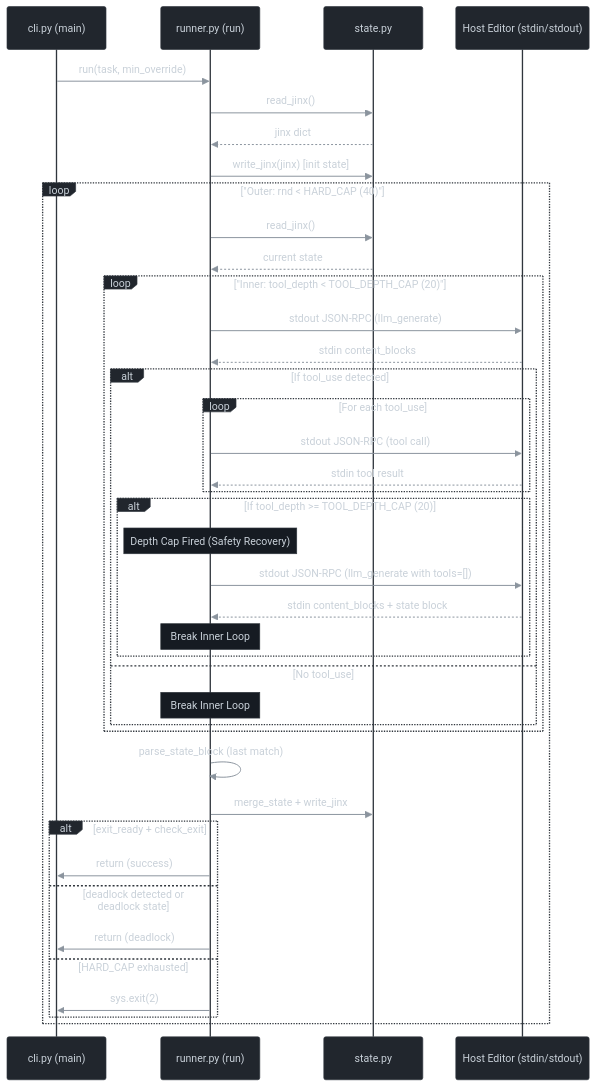
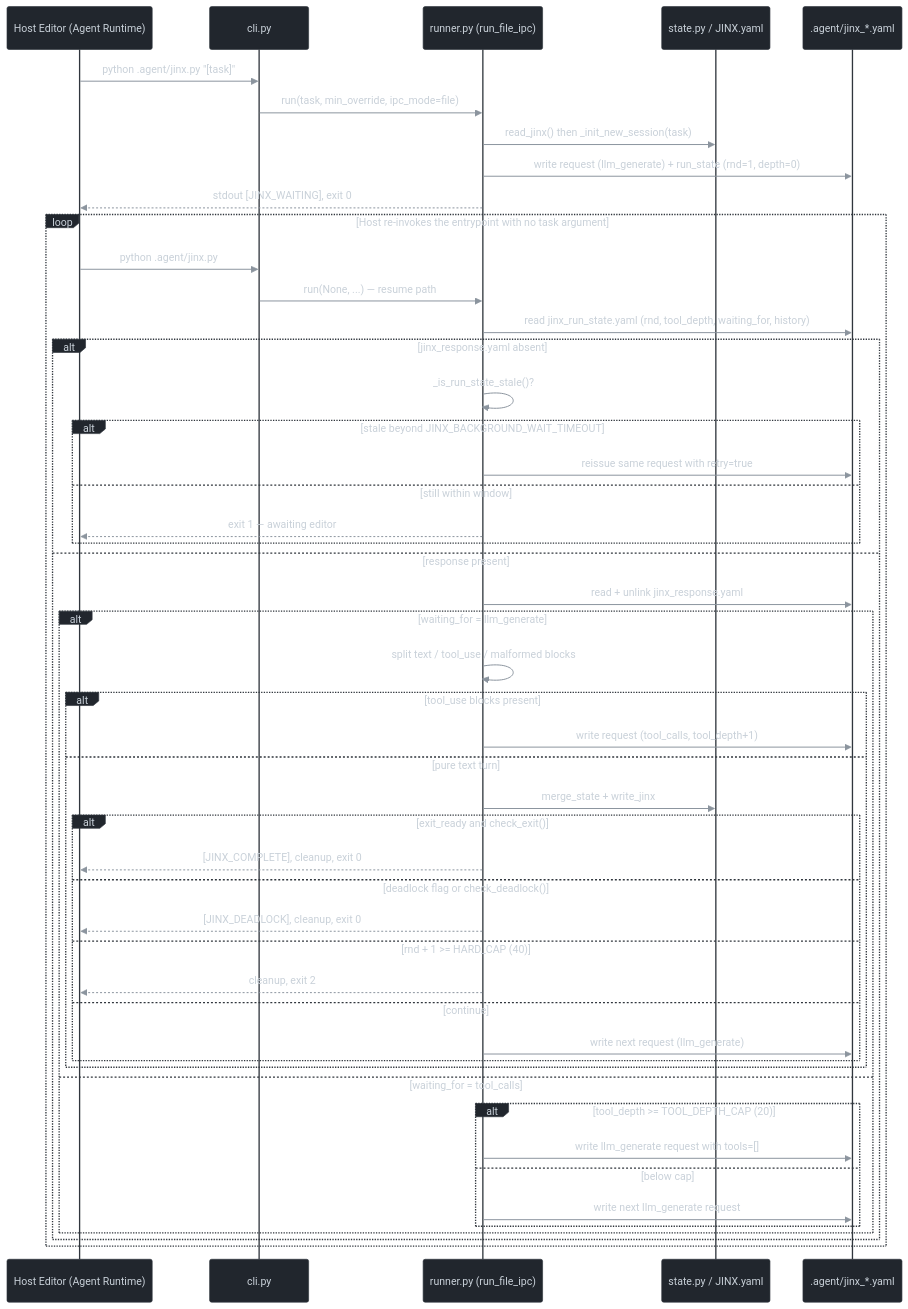
Before and after one commit to apxgpt/agent: the fourth of 5 diagrams in README.md, drawn with Mermaid. The commit also changed other lines of this file and 24 other files, not shown here.

````diff
--- a/README.md
+++ b/README.md
@@ -263,47 +356,55 @@
 ```mermaid
 %%{init: {'theme': 'base', 'themeVariables': {"darkMode": true, "background": "#0d1117", "primaryColor": "#21262d", "primaryTextColor": "#e6edf3", "primaryBorderColor": "#8b949e", "lineColor": "#8b949e", "textColor": "#e6edf3", "edgeLabelBackground": "#161b22", "actorBkg": "#21262d", "actorBorder": "#30363d", "actorTextColor": "#c9d1d9", "actorLineColor": "#30363d", "signalColor": "#8b949e", "signalTextColor": "#c9d1d9", "noteBkgColor": "#161b22", "noteBorderColor": "#30363d", "noteTextColor": "#c9d1d9", "labelBoxBkgColor": "#21262d", "labelBoxBorderColor": "#30363d", "labelTextColor": "#c9d1d9", "loopTextColor": "#c9d1d9", "activationBkgColor": "#21262d", "activationBorderColor": "#30363d"}}}%%
 sequenceDiagram
-    participant CLI as cli.py (main)
-    participant Runner as runner.py (run)
-    participant State as state.py
-    participant Host as Host Editor (stdin/stdout)
+    participant Host as Host Editor (Agent Runtime)
+    participant CLI as cli.py
+    participant Runner as runner.py (run_file_ipc)
+    participant State as state.py / JINX.yaml
+    participant IPC as .agent/jinx_*.yaml
 
-    CLI->>Runner: run(task, min_override)
-    Runner->>State: read_jinx()
-    State-->>Runner: jinx dict
-    Runner->>State: write_jinx(jinx) [init state]
+    Host->>CLI: python .agent/jinx.py "[task]"
+    CLI->>Runner: run(task, min_override, ipc_mode=file)
+    Runner->>State: read_jinx() then _init_new_session(task)
+    Runner->>IPC: write request (llm_generate) + run_state (rnd=1, depth=0)
+    Runner-->>Host: stdout [JINX_WAITING], exit 0
 
-    loop "Outer: rnd < HARD_CAP (40)"
-        Runner->>State: read_jinx()
-        State-->>Runner: current state
+    loop Host re-invokes the entrypoint with no task argument
+        Host->>CLI: python .agent/jinx.py
+        CLI->>Runner: run(None, ...) — resume path
+        Runner->>IPC: read jinx_run_state.yaml (rnd, tool_depth, waiting_for, history)
 
-        loop "Inner: tool_depth < TOOL_DEPTH_CAP (20)"
-            Runner->>Host: stdout JSON-RPC (llm_generate)
-            Host-->>Runner: stdin content_blocks
-            alt If tool_use detected
-                loop For each tool_use
-                    Runner->>Host: stdout JSON-RPC (tool call)
-                    Host-->>Runner: stdin tool result
+        alt jinx_response.yaml absent
+            Runner->>Runner: _is_run_state_stale()?
+            alt stale beyond JINX_BACKGROUND_WAIT_TIMEOUT
+                Runner->>IPC: reissue same request with retry=true
+            else still within window
+                Runner-->>Host: exit 1 — awaiting editor
+            end
+        else response present
+            Runner->>IPC: read + unlink jinx_response.yaml
+                alt waiting_for = llm_generate
+                    Runner->>Runner: split text / tool_use / malformed blocks
+                    alt tool_use blocks present
+                        Runner->>IPC: write request (tool_calls, tool_depth+1)
+                    else pure text turn
+                        Runner->>State: merge_state + write_jinx
+                        alt exit_ready and check_exit()
+                            Runner-->>Host: [JINX_COMPLETE], cleanup, exit 0
+                        else deadlock flag or check_deadlock()
+                            Runner-->>Host: [JINX_DEADLOCK], cleanup, exit 0
+                        else rnd + 1 >= HARD_CAP (40)
+                            Runner-->>Host: cleanup, exit 2
+                        else continue
+                            Runner->>IPC: write next request (llm_generate)
+                        end
+                    end
+            else waiting_for = tool_calls
+                alt tool_depth >= TOOL_DEPTH_CAP (20)
+                    Runner->>IPC: write llm_generate request with tools=[]
+                else below cap
+                    Runner->>IPC: write next llm_generate request
                 end
-                alt If tool_depth >= TOOL_DEPTH_CAP (20)
-                    Note over Runner: Depth Cap Fired (Safety Recovery)
-                    Runner->>Host: stdout JSON-RPC (llm_generate with tools=[])
-                    Host-->>Runner: stdin content_blocks + state block
-                    Note over Runner: Break Inner Loop
-                end
-            else No tool_use
-                Note over Runner: Break Inner Loop
             end
-        end
-
-        Runner->>Runner: parse_state_block (last match)
-        Runner->>State: merge_state + write_jinx
-        alt exit_ready + check_exit
-            Runner->>CLI: return (success)
-        else deadlock detected or deadlock state
-            Runner->>CLI: return (deadlock)
-        else HARD_CAP exhausted
-            Runner->>CLI: sys.exit(2)
         end
     end
 ```
````
